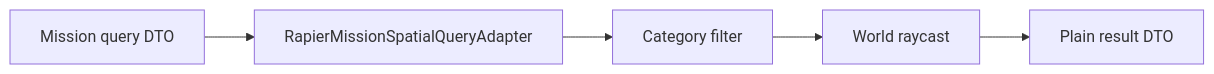
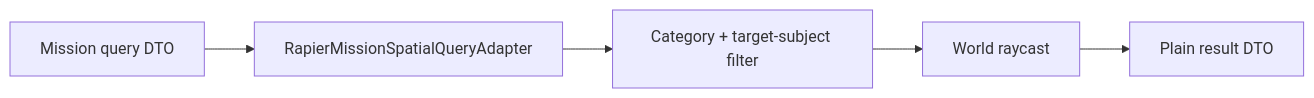
Before and after one commit to AmjadGn/fpv-trainer: the third of 4 diagrams in docs/architecture/v1.3.0-checkpoint-4-coastal-ruins-location-runtime.md, drawn with Mermaid. The commit also changed other lines of this file and 17 other files, not shown here.

````diff
--- a/docs/architecture/v1.3.0-checkpoint-4-coastal-ruins-location-runtime.md
+++ b/docs/architecture/v1.3.0-checkpoint-4-coastal-ruins-location-runtime.md
@@ -150,7 +154,7 @@
 ```mermaid
 flowchart LR
   q[Mission query DTO] --> adapter[RapierMissionSpatialQueryAdapter]
-  adapter --> filter[Category filter]
+  adapter --> filter[Category + target-subject filter]
   filter --> ray[World raycast]
   ray --> dto[Plain result DTO]
 ```
````
